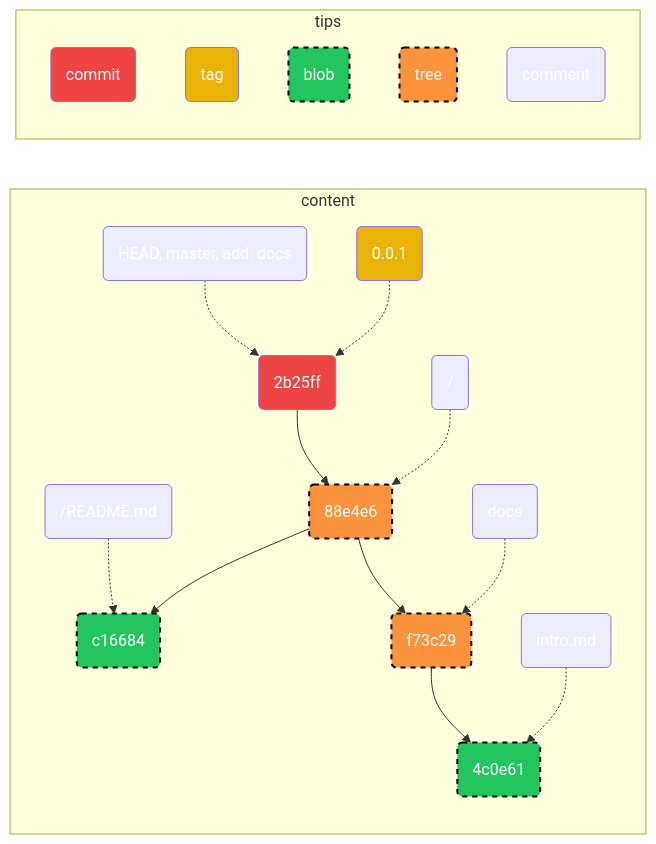
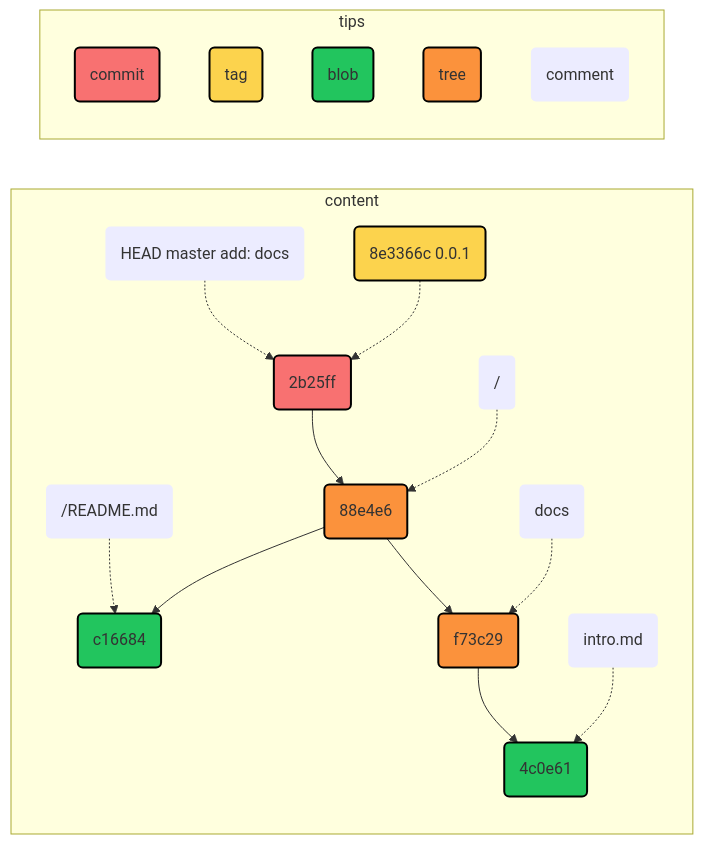
The second of 2 diagrams in docs/tools/git/02-git-objects.md (rainbowatcher/notes), drawn with Mermaid before and after one commit. The commit also changed other lines of this file and 13 other files, not shown here.

````diff
--- a/docs/tools/git/02-git-objects.md
+++ b/docs/tools/git/02-git-objects.md
@@ -269,35 +271,35 @@
 ```mermaid
 flowchart LR
 
-classDef tree    fill:#fb923c,stroke:#000,stroke-width:2px,color:#fff,stroke-dasharray: 5 5;
-classDef blob    fill:#22c55e,stroke:#000,stroke-width:2px,color:#fff,stroke-dasharray: 5 5;
-classDef tag     fill:#eab308,color:#fff;
-classDef commit  fill:#ef4444,color:#fff;
-classDef comment color:#fff;
+classDef tree    fill:#fb923c,stroke:#000,stroke-width:2px;
+classDef blob    fill:#22c55e,stroke:#000,stroke-width:2px;
+classDef tag     fill:#fcd34d,stroke:#000,stroke-width:2px;
+classDef commit  fill:#f87171,stroke:#000,stroke-width:2px;
+classDef comment stroke-width:0px;
 
 subgraph content
   root(88e4e6):::tree
   README(c16684):::blob
   docs(f73c29):::tree
   intro(4c0e61):::blob
   commit1(2b25ff):::commit
 
   D("/README.md"):::comment-.->README
   commit1-->root
   root-->docs & README
   docs-->intro
-  A("HEAD, master, add: docs"):::comment-.->commit1
+  A("HEAD master add: docs"):::comment-.->commit1
   B("/"):::comment-.->root
   C("docs"):::comment-.->docs
   E("intro.md"):::comment-.->intro
-  F("0.0.1"):::tag-.->commit1
+  F("8e3366c 0.0.1"):::tag-.->commit1
 end
 
 subgraph tips
   commit(commit):::commit
   tag(tag):::tag
   blob(blob):::blob
   tree(tree):::tree
   comment(comment):::comment
 end
 ```
````
